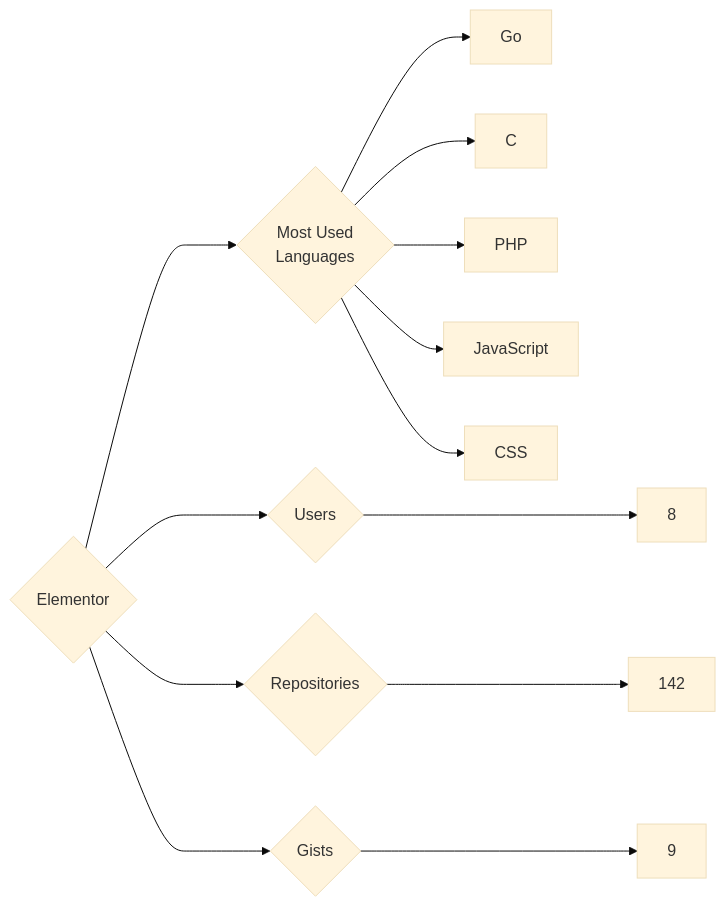
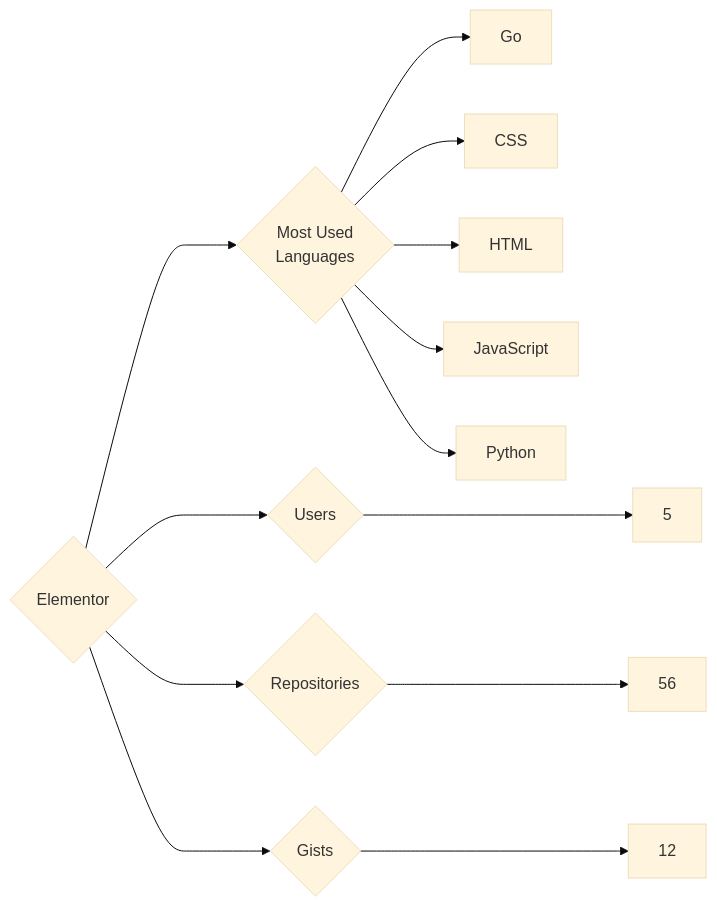
The diagram in targets/Elementor/README.md (trickest/insiders), drawn with Mermaid (base theme) before and after one commit. The commit also changed 724 other files, not shown here.

````diff
--- a/targets/Elementor/README.md
+++ b/targets/Elementor/README.md
@@ -3,13 +3,13 @@
 ```mermaid
 graph LR
 COMPANY_NAME{Elementor}
-COMPANY_NAME ---> U{Users} ---> UN[8]
-COMPANY_NAME ---> R{Repositories} ---> RN[142]
-COMPANY_NAME ---> G{Gists} ---> GN[9]
+COMPANY_NAME ---> U{Users} ---> UN[5]
+COMPANY_NAME ---> R{Repositories} ---> RN[56]
+COMPANY_NAME ---> G{Gists} ---> GN[12]
 COMPANY_NAME ---> ML{Most Used<br>Languages}
 ML --> Go[Go]
-ML --> C[C]
-ML --> PHP[PHP]
+ML --> CSS[CSS]
+ML --> HTML[HTML]
 ML --> JavaScript[JavaScript]
-ML --> CSS[CSS]
+ML --> Python[Python]
 ```
````
